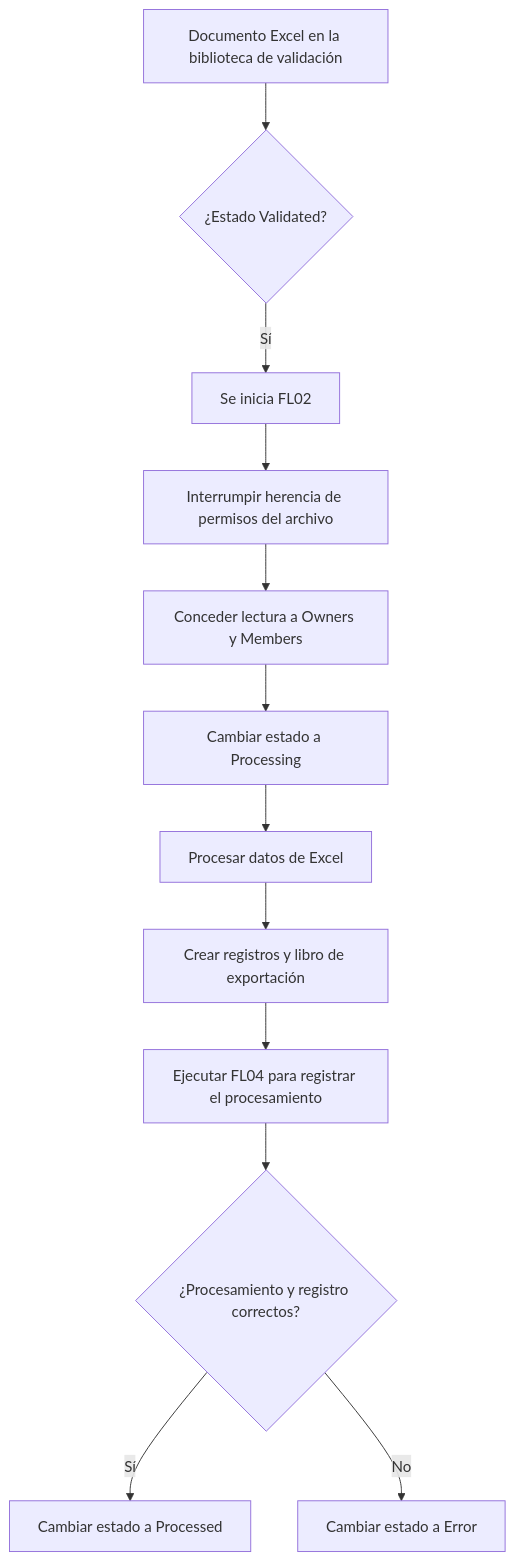
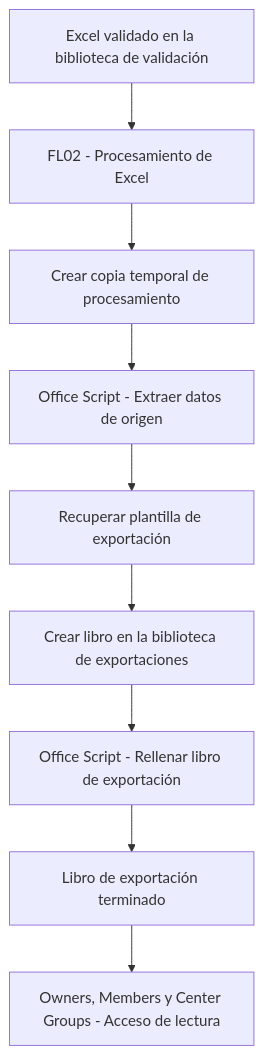
The diagram in Power-Automate/SharePoint-Excel-Automation/Sharepoint/libraries/export-library.md (smartinmunoz/power-platform-portfolio-es), drawn with Mermaid before and after one commit. The commit also changed other lines of this file, not shown here.

````diff
--- a/Power-Automate/SharePoint-Excel-Automation/Sharepoint/libraries/export-library.md
+++ b/Power-Automate/SharePoint-Excel-Automation/Sharepoint/libraries/export-library.md
@@ -124,27 +137,21 @@
 ```mermaid
 flowchart TD
-    A["Documento Excel en la biblioteca de validación"]
-    B{"¿Estado Validated?"}
-    C["Se inicia FL02"]
-    D["Interrumpir herencia de permisos del archivo"]
-    E["Conceder lectura a Owners y Members"]
-    F["Cambiar estado a Processing"]
-    G["Procesar datos de Excel"]
-    H["Crear registros y libro de exportación"]
-    I["Ejecutar FL04 para registrar el procesamiento"]
-    J{"¿Procesamiento y registro correctos?"}
-    K["Cambiar estado a Processed"]
-    L["Cambiar estado a Error"]
+    A[Excel validado en la biblioteca de validación]
+    B[FL02 - Procesamiento de Excel]
+    C[Crear copia temporal de procesamiento]
+    D[Office Script - Extraer datos de origen]
+    E[Recuperar plantilla de exportación]
+    F[Crear libro en la biblioteca de exportaciones]
+    G[Office Script - Rellenar libro de exportación]
+    H[Libro de exportación terminado]
+    I[Owners, Members y Center Groups - Acceso de lectura]
 
     A --> B
-    B -->|Sí| C
+    B --> C
     C --> D
     D --> E
     E --> F
     F --> G
     G --> H
     H --> I
-    I --> J
-    J -->|Sí| K
-    J -->|No| L
 ```
````
